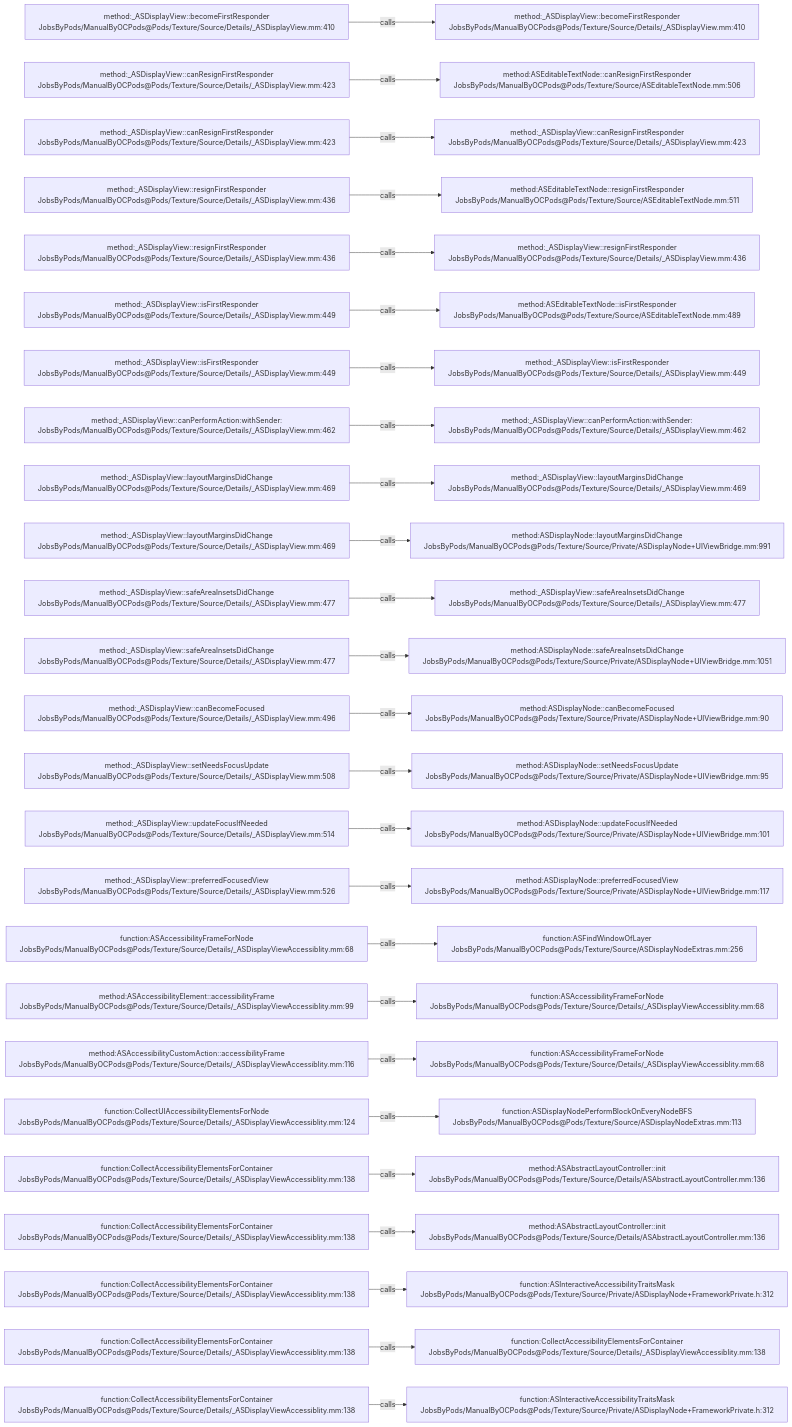
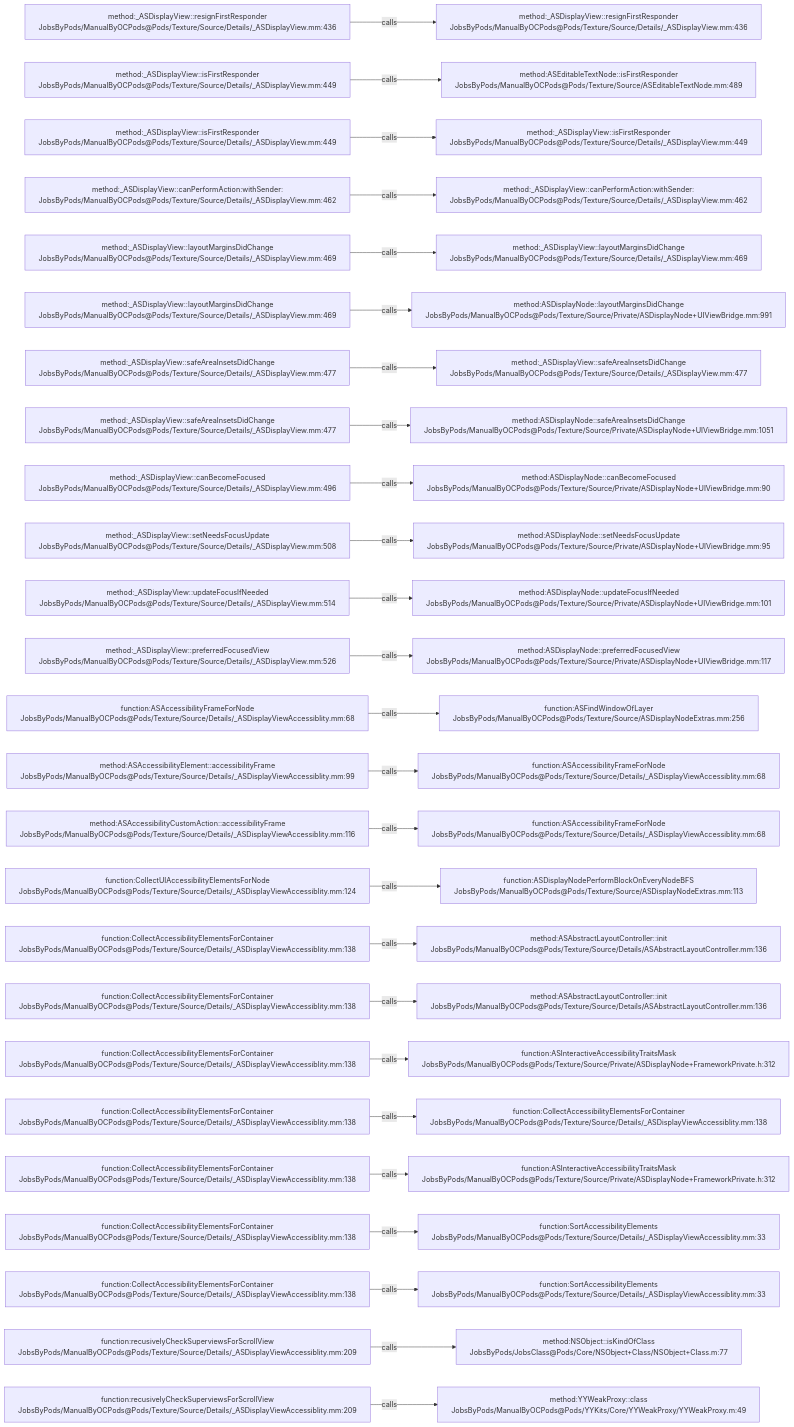
The diagram in .codegraph/codegraph.md/graphs/calls-171.md (JobsKits/JobsOCBaseConfigDemo), drawn with Mermaid before and after one commit. The commit also changed 727 other files, not shown here.

````diff
--- a/.codegraph/codegraph.md/graphs/calls-171.md
+++ b/.codegraph/codegraph.md/graphs/calls-171.md
@@ -13,78 +13,78 @@
 ```mermaid
 flowchart LR
-  S1["method:_ASDisplayView::becomeFirstResponder<br/>JobsByPods/ManualByOCPods@Pods/Texture/Source/Details/_ASDisplayView.mm:410"]
-  T1["method:_ASDisplayView::becomeFirstResponder<br/>JobsByPods/ManualByOCPods@Pods/Texture/Source/Details/_ASDisplayView.mm:410"]
+  S1["method:_ASDisplayView::resignFirstResponder<br/>JobsByPods/ManualByOCPods@Pods/Texture/Source/Details/_ASDisplayView.mm:436"]
+  T1["method:_ASDisplayView::resignFirstResponder<br/>JobsByPods/ManualByOCPods@Pods/Texture/Source/Details/_ASDisplayView.mm:436"]
   S1 -->|calls| T1
-  S2["method:_ASDisplayView::canResignFirstResponder<br/>JobsByPods/ManualByOCPods@Pods/Texture/Source/Details/_ASDisplayView.mm:423"]
-  T2["method:ASEditableTextNode::canResignFirstResponder<br/>JobsByPods/ManualByOCPods@Pods/Texture/Source/ASEditableTextNode.mm:506"]
+  S2["method:_ASDisplayView::isFirstResponder<br/>JobsByPods/ManualByOCPods@Pods/Texture/Source/Details/_ASDisplayView.mm:449"]
+  T2["method:ASEditableTextNode::isFirstResponder<br/>JobsByPods/ManualByOCPods@Pods/Texture/Source/ASEditableTextNode.mm:489"]
   S2 -->|calls| T2
-  S3["method:_ASDisplayView::canResignFirstResponder<br/>JobsByPods/ManualByOCPods@Pods/Texture/Source/Details/_ASDisplayView.mm:423"]
-  T3["method:_ASDisplayView::canResignFirstResponder<br/>JobsByPods/ManualByOCPods@Pods/Texture/Source/Details/_ASDisplayView.mm:423"]
+  S3["method:_ASDisplayView::isFirstResponder<br/>JobsByPods/ManualByOCPods@Pods/Texture/Source/Details/_ASDisplayView.mm:449"]
+  T3["method:_ASDisplayView::isFirstResponder<br/>JobsByPods/ManualByOCPods@Pods/Texture/Source/Details/_ASDisplayView.mm:449"]
   S3 -->|calls| T3
-  S4["method:_ASDisplayView::resignFirstResponder<br/>JobsByPods/ManualByOCPods@Pods/Texture/Source/Details/_ASDisplayView.mm:436"]
-  T4["method:ASEditableTextNode::resignFirstResponder<br/>JobsByPods/ManualByOCPods@Pods/Texture/Source/ASEditableTextNode.mm:511"]
+  S4["method:_ASDisplayView::canPerformAction:withSender:<br/>JobsByPods/ManualByOCPods@Pods/Texture/Source/Details/_ASDisplayView.mm:462"]
+  T4["method:_ASDisplayView::canPerformAction:withSender:<br/>JobsByPods/ManualByOCPods@Pods/Texture/Source/Details/_ASDisplayView.mm:462"]
   S4 -->|calls| T4
-  S5["method:_ASDisplayView::resignFirstResponder<br/>JobsByPods/ManualByOCPods@Pods/Texture/Source/Details/_ASDisplayView.mm:436"]
-  T5["method:_ASDisplayView::resignFirstResponder<br/>JobsByPods/ManualByOCPods@Pods/Texture/Source/Details/_ASDisplayView.mm:436"]
+  S5["method:_ASDisplayView::layoutMarginsDidChange<br/>JobsByPods/ManualByOCPods@Pods/Texture/Source/Details/_ASDisplayView.mm:469"]
+  T5["method:_ASDisplayView::layoutMarginsDidChange<br/>JobsByPods/ManualByOCPods@Pods/Texture/Source/Details/_ASDisplayView.mm:469"]
   S5 -->|calls| T5
-  S6["method:_ASDisplayView::isFirstResponder<br/>JobsByPods/ManualByOCPods@Pods/Texture/Source/Details/_ASDisplayView.mm:449"]
-  T6["method:ASEditableTextNode::isFirstResponder<br/>JobsByPods/ManualByOCPods@Pods/Texture/Source/ASEditableTextNode.mm:489"]
+  S6["method:_ASDisplayView::layoutMarginsDidChange<br/>JobsByPods/ManualByOCPods@Pods/Texture/Source/Details/_ASDisplayView.mm:469"]
+  T6["method:ASDisplayNode::layoutMarginsDidChange<br/>JobsByPods/ManualByOCPods@Pods/Texture/Source/Private/ASDisplayNode+UIViewBridge.mm:991"]
   S6 -->|calls| T6
-  S7["method:_ASDisplayView::isFirstResponder<br/>JobsByPods/ManualByOCPods@Pods/Texture/Source/Details/_ASDisplayView.mm:449"]
-  T7["method:_ASDisplayView::isFirstResponder<br/>JobsByPods/ManualByOCPods@Pods/Texture/Source/Details/_ASDisplayView.mm:449"]
+  S7["method:_ASDisplayView::safeAreaInsetsDidChange<br/>JobsByPods/ManualByOCPods@Pods/Texture/Source/Details/_ASDisplayView.mm:477"]
+  T7["method:_ASDisplayView::safeAreaInsetsDidChange<br/>JobsByPods/ManualByOCPods@Pods/Texture/Source/Details/_ASDisplayView.mm:477"]
   S7 -->|calls| T7
-  S8["method:_ASDisplayView::canPerformAction:withSender:<br/>JobsByPods/ManualByOCPods@Pods/Texture/Source/Details/_ASDisplayView.mm:462"]
-  T8["method:_ASDisplayView::canPerformAction:withSender:<br/>JobsByPods/ManualByOCPods@Pods/Texture/Source/Details/_ASDisplayView.mm:462"]
+  S8["method:_ASDisplayView::safeAreaInsetsDidChange<br/>JobsByPods/ManualByOCPods@Pods/Texture/Source/Details/_ASDisplayView.mm:477"]
+  T8["method:ASDisplayNode::safeAreaInsetsDidChange<br/>JobsByPods/ManualByOCPods@Pods/Texture/Source/Private/ASDisplayNode+UIViewBridge.mm:1051"]
   S8 -->|calls| T8
-  S9["method:_ASDisplayView::layoutMarginsDidChange<br/>JobsByPods/ManualByOCPods@Pods/Texture/Source/Details/_ASDisplayView.mm:469"]
-  T9["method:_ASDisplayView::layoutMarginsDidChange<br/>JobsByPods/ManualByOCPods@Pods/Texture/Source/Details/_ASDisplayView.mm:469"]
+  S9["method:_ASDisplayView::canBecomeFocused<br/>JobsByPods/ManualByOCPods@Pods/Texture/Source/Details/_ASDisplayView.mm:496"]
+  T9["method:ASDisplayNode::canBecomeFocused<br/>JobsByPods/ManualByOCPods@Pods/Texture/Source/Private/ASDisplayNode+UIViewBridge.mm:90"]
   S9 -->|calls| T9
-  S10["method:_ASDisplayView::layoutMarginsDidChange<br/>JobsByPods/ManualByOCPods@Pods/Texture/Source/Details/_ASDisplayView.mm:469"]
-  T10["method:ASDisplayNode::layoutMarginsDidChange<br/>JobsByPods/ManualByOCPods@Pods/Texture/Source/Private/ASDisplayNode+UIViewBridge.mm:991"]
+  S10["method:_ASDisplayView::setNeedsFocusUpdate<br/>JobsByPods/ManualByOCPods@Pods/Texture/Source/Details/_ASDisplayView.mm:508"]
+  T10["method:ASDisplayNode::setNeedsFocusUpdate<br/>JobsByPods/ManualByOCPods@Pods/Texture/Source/Private/ASDisplayNode+UIViewBridge.mm:95"]
   S10 -->|calls| T10
-  S11["method:_ASDisplayView::safeAreaInsetsDidChange<br/>JobsByPods/ManualByOCPods@Pods/Texture/Source/Details/_ASDisplayView.mm:477"]
-  T11["method:_ASDisplayView::safeAreaInsetsDidChange<br/>JobsByPods/ManualByOCPods@Pods/Texture/Source/Details/_ASDisplayView.mm:477"]
+  S11["method:_ASDisplayView::updateFocusIfNeeded<br/>JobsByPods/ManualByOCPods@Pods/Texture/Source/Details/_ASDisplayView.mm:514"]
+  T11["method:ASDisplayNode::updateFocusIfNeeded<br/>JobsByPods/ManualByOCPods@Pods/Texture/Source/Private/ASDisplayNode+UIViewBridge.mm:101"]
   S11 -->|calls| T11
-  S12["method:_ASDisplayView::safeAreaInsetsDidChange<br/>JobsByPods/ManualByOCPods@Pods/Texture/Source/Details/_ASDisplayView.mm:477"]
-  T12["method:ASDisplayNode::safeAreaInsetsDidChange<br/>JobsByPods/ManualByOCPods@Pods/Texture/Source/Private/ASDisplayNode+UIViewBridge.mm:1051"]
+  S12["method:_ASDisplayView::preferredFocusedView<br/>JobsByPods/ManualByOCPods@Pods/Texture/Source/Details/_ASDisplayView.mm:526"]
+  T12["method:ASDisplayNode::preferredFocusedView<br/>JobsByPods/ManualByOCPods@Pods/Texture/Source/Private/ASDisplayNode+UIViewBridge.mm:117"]
   S12 -->|calls| T12
-  S13["method:_ASDisplayView::canBecomeFocused<br/>JobsByPods/ManualByOCPods@Pods/Texture/Source/Details/_ASDisplayView.mm:496"]
-  T13["method:ASDisplayNode::canBecomeFocused<br/>JobsByPods/ManualByOCPods@Pods/Texture/Source/Private/ASDisplayNode+UIViewBridge.mm:90"]
+  S13["function:ASAccessibilityFrameForNode<br/>JobsByPods/ManualByOCPods@Pods/Texture/Source/Details/_ASDisplayViewAccessiblity.mm:68"]
+  T13["function:ASFindWindowOfLayer<br/>JobsByPods/ManualByOCPods@Pods/Texture/Source/ASDisplayNodeExtras.mm:256"]
   S13 -->|calls| T13
-  S14["method:_ASDisplayView::setNeedsFocusUpdate<br/>JobsByPods/ManualByOCPods@Pods/Texture/Source/Details/_ASDisplayView.mm:508"]
-  T14["method:ASDisplayNode::setNeedsFocusUpdate<br/>JobsByPods/ManualByOCPods@Pods/Texture/Source/Private/ASDisplayNode+UIViewBridge.mm:95"]
+  S14["method:ASAccessibilityElement::accessibilityFrame<br/>JobsByPods/ManualByOCPods@Pods/Texture/Source/Details/_ASDisplayViewAccessiblity.mm:99"]
+  T14["function:ASAccessibilityFrameForNode<br/>JobsByPods/ManualByOCPods@Pods/Texture/Source/Details/_ASDisplayViewAccessiblity.mm:68"]
   S14 -->|calls| T14
-  S15["method:_ASDisplayView::updateFocusIfNeeded<br/>JobsByPods/ManualByOCPods@Pods/Texture/Source/Details/_ASDisplayView.mm:514"]
-  T15["method:ASDisplayNode::updateFocusIfNeeded<br/>JobsByPods/ManualByOCPods@Pods/Texture/Source/Private/ASDisplayNode+UIViewBridge.mm:101"]
+  S15["method:ASAccessibilityCustomAction::accessibilityFrame<br/>JobsByPods/ManualByOCPods@Pods/Texture/Source/Details/_ASDisplayViewAccessiblity.mm:116"]
+  T15["function:ASAccessibilityFrameForNode<br/>JobsByPods/ManualByOCPods@Pods/Texture/Source/Details/_ASDisplayViewAccessiblity.mm:68"]
   S15 -->|calls| T15
-  S16["method:_ASDisplayView::preferredFocusedView<br/>JobsByPods/ManualByOCPods@Pods/Texture/Source/Details/_ASDisplayView.mm:526"]
-  T16["method:ASDisplayNode::preferredFocusedView<br/>JobsByPods/ManualByOCPods@Pods/Texture/Source/Private/ASDisplayNode+UIViewBridge.mm:117"]
+  S16["function:CollectUIAccessibilityElementsForNode<br/>JobsByPods/ManualByOCPods@Pods/Texture/Source/Details/_ASDisplayViewAccessiblity.mm:124"]
+  T16["function:ASDisplayNodePerformBlockOnEveryNodeBFS<br/>JobsByPods/ManualByOCPods@Pods/Texture/Source/ASDisplayNodeExtras.mm:113"]
   S16 -->|calls| T16
-  S17["function:ASAccessibilityFrameForNode<br/>JobsByPods/ManualByOCPods@Pods/Texture/Source/Details/_ASDisplayViewAccessiblity.mm:68"]
-  T17["function:ASFindWindowOfLayer<br/>JobsByPods/ManualByOCPods@Pods/Texture/Source/ASDisplayNodeExtras.mm:256"]
+  S17["function:CollectAccessibilityElementsForContainer<br/>JobsByPods/ManualByOCPods@Pods/Texture/Source/Details/_ASDisplayViewAccessiblity.mm:138"]
+  T17["method:ASAbstractLayoutController::init<br/>JobsByPods/ManualByOCPods@Pods/Texture/Source/Details/ASAbstractLayoutController.mm:136"]
   S17 -->|calls| T17
-  S18["method:ASAccessibilityElement::accessibilityFrame<br/>JobsByPods/ManualByOCPods@Pods/Texture/Source/Details/_ASDisplayViewAccessiblity.mm:99"]
-  T18["function:ASAccessibilityFrameForNode<br/>JobsByPods/ManualByOCPods@Pods/Texture/Source/Details/_ASDisplayViewAccessiblity.mm:68"]
+  S18["function:CollectAccessibilityElementsForContainer<br/>JobsByPods/ManualByOCPods@Pods/Texture/Source/Details/_ASDisplayViewAccessiblity.mm:138"]
+  T18["method:ASAbstractLayoutController::init<br/>JobsByPods/ManualByOCPods@Pods/Texture/Source/Details/ASAbstractLayoutController.mm:136"]
   S18 -->|calls| T18
-  S19["method:ASAccessibilityCustomAction::accessibilityFrame<br/>JobsByPods/ManualByOCPods@Pods/Texture/Source/Details/_ASDisplayViewAccessiblity.mm:116"]
-  T19["function:ASAccessibilityFrameForNode<br/>JobsByPods/ManualByOCPods@Pods/Texture/Source/Details/_ASDisplayViewAccessiblity.mm:68"]
+  S19["function:CollectAccessibilityElementsForContainer<br/>JobsByPods/ManualByOCPods@Pods/Texture/Source/Details/_ASDisplayViewAccessiblity.mm:138"]
+  T19["function:ASInteractiveAccessibilityTraitsMask<br/>JobsByPods/ManualByOCPods@Pods/Texture/Source/Private/ASDisplayNode+FrameworkPrivate.h:312"]
   S19 -->|calls| T19
-  S20["function:CollectUIAccessibilityElementsForNode<br/>JobsByPods/ManualByOCPods@Pods/Texture/Source/Details/_ASDisplayViewAccessiblity.mm:124"]
-  T20["function:ASDisplayNodePerformBlockOnEveryNodeBFS<br/>JobsByPods/ManualByOCPods@Pods/Texture/Source/ASDisplayNodeExtras.mm:113"]
+  S20["function:CollectAccessibilityElementsForContainer<br/>JobsByPods/ManualByOCPods@Pods/Texture/Source/Details/_ASDisplayViewAccessiblity.mm:138"]
+  T20["function:CollectAccessibilityElementsForContainer<br/>JobsByPods/ManualByOCPods@Pods/Texture/Source/Details/_ASDisplayViewAccessiblity.mm:138"]
   S20 -->|calls| T20
   S21["function:CollectAccessibilityElementsForContainer<br/>JobsByPods/ManualByOCPods@Pods/Texture/Source/Details/_ASDisplayViewAccessiblity.mm:138"]
-  T21["method:ASAbstractLayoutController::init<br/>JobsByPods/ManualByOCPods@Pods/Texture/Source/Details/ASAbstractLayoutController.mm:136"]
+  T21["function:ASInteractiveAccessibilityTraitsMask<br/>JobsByPods/ManualByOCPods@Pods/Texture/Source/Private/ASDisplayNode+FrameworkPrivate.h:312"]
   S21 -->|calls| T21
   S22["function:CollectAccessibilityElementsForContainer<br/>JobsByPods/ManualByOCPods@Pods/Texture/Source/Details/_ASDisplayViewAccessiblity.mm:138"]
-  T22["method:ASAbstractLayoutController::init<br/>JobsByPods/ManualByOCPods@Pods/Texture/Source/Details/ASAbstractLayoutController.mm:136"]
+  T22["function:SortAccessibilityElements<br/>JobsByPods/ManualByOCPods@Pods/Texture/Source/Details/_ASDisplayViewAccessiblity.mm:33"]
   S22 -->|calls| T22
   S23["function:CollectAccessibilityElementsForContainer<br/>JobsByPods/ManualByOCPods@Pods/Texture/Source/Details/_ASDisplayViewAccessiblity.mm:138"]
-  T23["function:ASInteractiveAccessibilityTraitsMask<br/>JobsByPods/ManualByOCPods@Pods/Texture/Source/Private/ASDisplayNode+FrameworkPrivate.h:312"]
+  T23["function:SortAccessibilityElements<br/>JobsByPods/ManualByOCPods@Pods/Texture/Source/Details/_ASDisplayViewAccessiblity.mm:33"]
   S23 -->|calls| T23
-  S24["function:CollectAccessibilityElementsForContainer<br/>JobsByPods/ManualByOCPods@Pods/Texture/Source/Details/_ASDisplayViewAccessiblity.mm:138"]
-  T24["function:CollectAccessibilityElementsForContainer<br/>JobsByPods/ManualByOCPods@Pods/Texture/Source/Details/_ASDisplayViewAccessiblity.mm:138"]
+  S24["function:recusivelyCheckSuperviewsForScrollView<br/>JobsByPods/ManualByOCPods@Pods/Texture/Source/Details/_ASDisplayViewAccessiblity.mm:209"]
+  T24["method:NSObject::isKindOfClass<br/>JobsByPods/JobsClass@Pods/Core/NSObject+Class/NSObject+Class.m:77"]
   S24 -->|calls| T24
-  S25["function:CollectAccessibilityElementsForContainer<br/>JobsByPods/ManualByOCPods@Pods/Texture/Source/Details/_ASDisplayViewAccessiblity.mm:138"]
-  T25["function:ASInteractiveAccessibilityTraitsMask<br/>JobsByPods/ManualByOCPods@Pods/Texture/Source/Private/ASDisplayNode+FrameworkPrivate.h:312"]
+  S25["function:recusivelyCheckSuperviewsForScrollView<br/>JobsByPods/ManualByOCPods@Pods/Texture/Source/Details/_ASDisplayViewAccessiblity.mm:209"]
+  T25["method:YYWeakProxy::class<br/>JobsByPods/ManualByOCPods@Pods/YYKits/Core/YYWeakProxy/YYWeakProxy.m:49"]
   S25 -->|calls| T25
 ```
````
